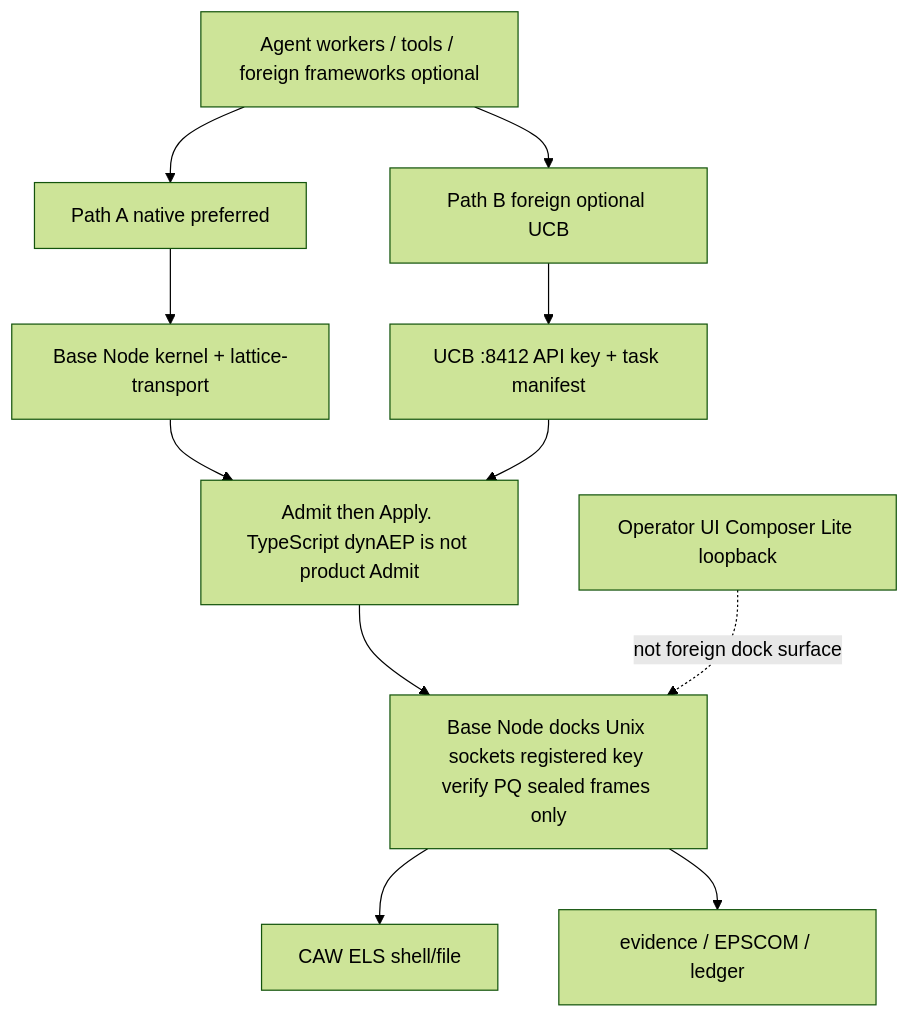
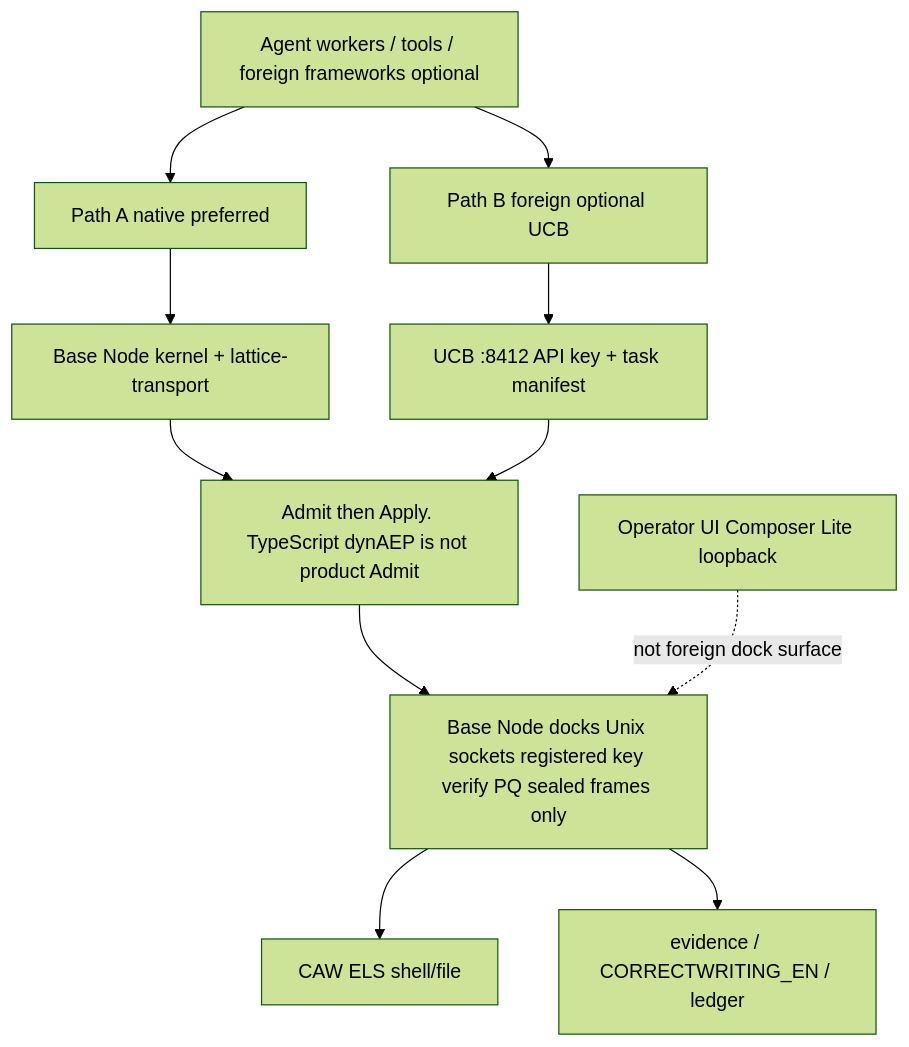
The diagram in AEP-User-Experience/docs/AEP-2.8-SECURE-DEPLOYMENT-GUIDE.md (thePM001/AEP-agent-element-protocol), drawn with Mermaid (forest theme) before and after one commit. The commit also changed other lines of this file and 56 other files, not shown here.

````diff
--- a/AEP-User-Experience/docs/AEP-2.8-SECURE-DEPLOYMENT-GUIDE.md
+++ b/AEP-User-Experience/docs/AEP-2.8-SECURE-DEPLOYMENT-GUIDE.md
@@ -44,14 +44,14 @@
 ```mermaid
 flowchart TB
   W[Agent workers / tools / foreign frameworks optional]
   W --> PA[Path A native preferred]
   W --> PB[Path B foreign optional UCB]
   PA --> BN[Base Node kernel + lattice-transport]
   PB --> UCB[UCB :8412 API key + task manifest]
   BN --> BR[Admit then Apply. TypeScript dynAEP is not product Admit]
   UCB --> BR
   BR --> DOCK[Base Node docks Unix sockets registered key verify PQ sealed frames only]
   DOCK --> CAW[CAW ELS shell/file]
-  DOCK --> AUD[evidence / EPSCOM / ledger]
+  DOCK --> AUD[evidence / CORRECTWRITING_EN / ledger]
   OP[Operator UI Composer Lite loopback] -.->|not foreign dock surface| DOCK
 ```
````
